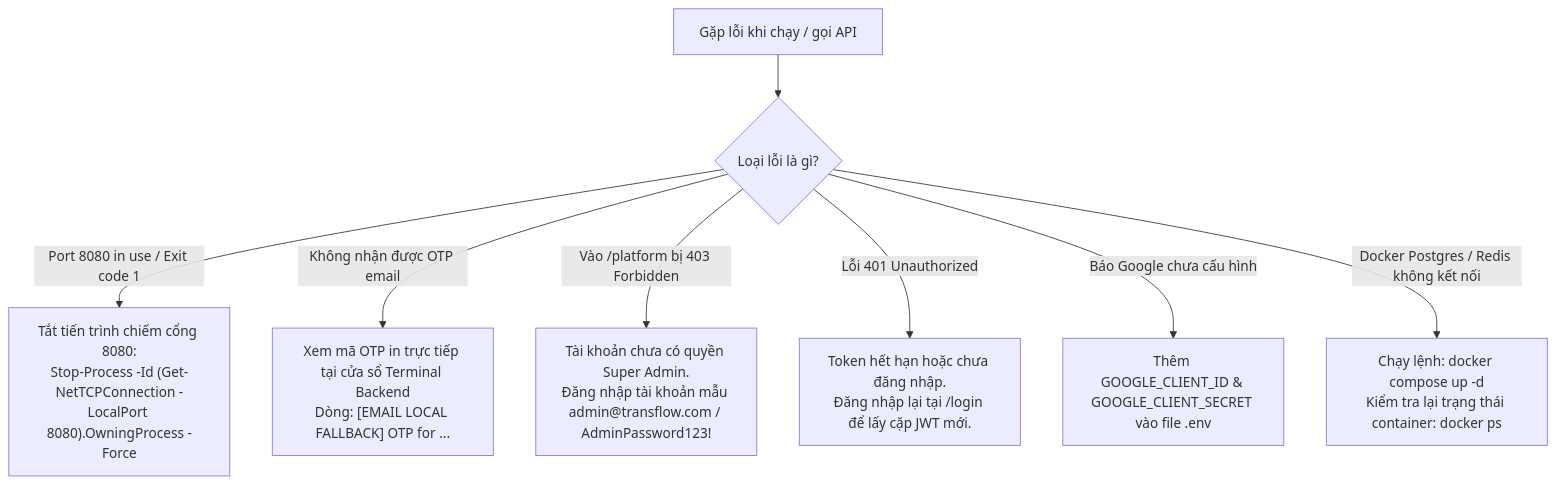
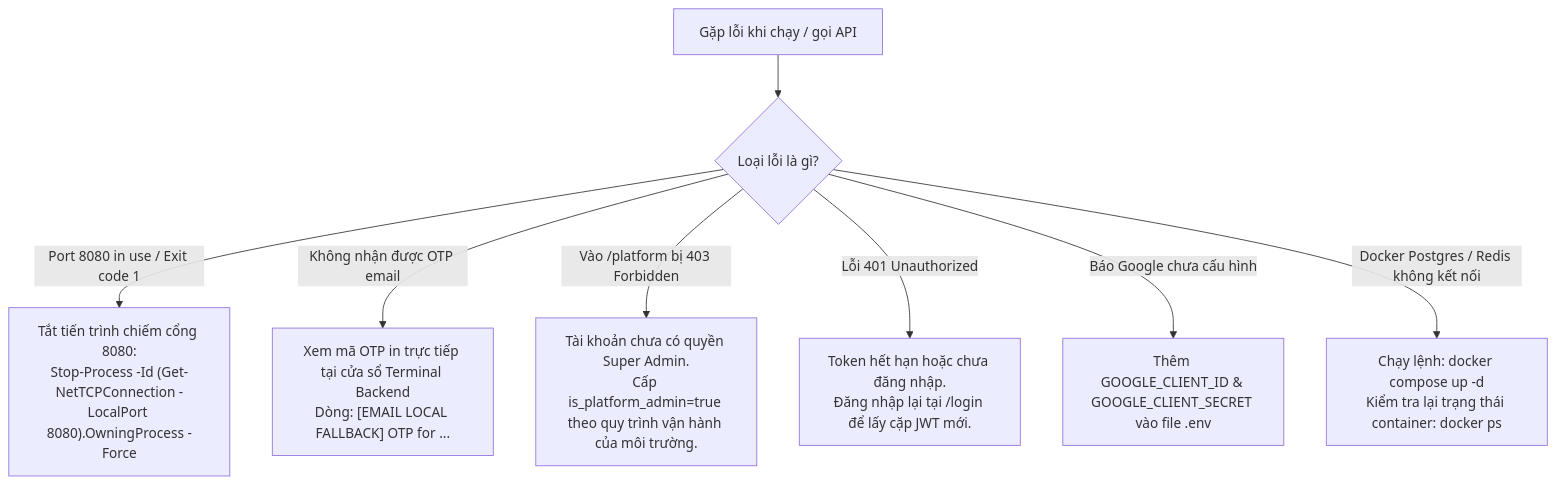
The diagram in docs/API_CONNECTION_ISSUES_AND_CHECKLIST.md (Hoc273/TransFlow), drawn with Mermaid before and after one commit. The commit also changed other lines of this file and 20 other files, not shown here.

Commit message:
refactor(db,docs): squash flyway migrations to baseline and align platform admin specs

````diff
--- a/docs/API_CONNECTION_ISSUES_AND_CHECKLIST.md
+++ b/docs/API_CONNECTION_ISSUES_AND_CHECKLIST.md
@@ -247,11 +248,11 @@
 ```mermaid
 flowchart TD
     Start["Gặp lỗi khi chạy / gọi API"] --> CheckType{"Loại lỗi là gì?"}
 
     CheckType -->|"Port 8080 in use / Exit code 1"| PortErr["Tắt tiến trình chiếm cổng 8080:<br/>Stop-Process -Id (Get-NetTCPConnection -LocalPort 8080).OwningProcess -Force"]
     CheckType -->|"Không nhận được OTP email"| MailErr["Xem mã OTP in trực tiếp tại cửa sổ Terminal Backend<br/>Dòng: [EMAIL LOCAL FALLBACK] OTP for ..."]
-    CheckType -->|"Vào /platform bị 403 Forbidden"| AdminErr["Tài khoản chưa có quyền Super Admin.<br/>Đăng nhập tài khoản mẫu admin@transflow.com / AdminPassword123!"]
+    CheckType -->|"Vào /platform bị 403 Forbidden"| AdminErr["Tài khoản chưa có quyền Super Admin.<br/>Cấp is_platform_admin=true theo quy trình vận hành của môi trường."]
     CheckType -->|"Lỗi 401 Unauthorized"| AuthErr["Token hết hạn hoặc chưa đăng nhập.<br/>Đăng nhập lại tại /login để lấy cặp JWT mới."]
     CheckType -->|"Báo Google chưa cấu hình"| GoogleErr["Thêm GOOGLE_CLIENT_ID & GOOGLE_CLIENT_SECRET vào file .env"]
     CheckType -->|"Docker Postgres / Redis không kết nối"| DockerErr["Chạy lệnh: docker compose up -d<br/>Kiểm tra lại trạng thái container: docker ps"]
 ```
````
